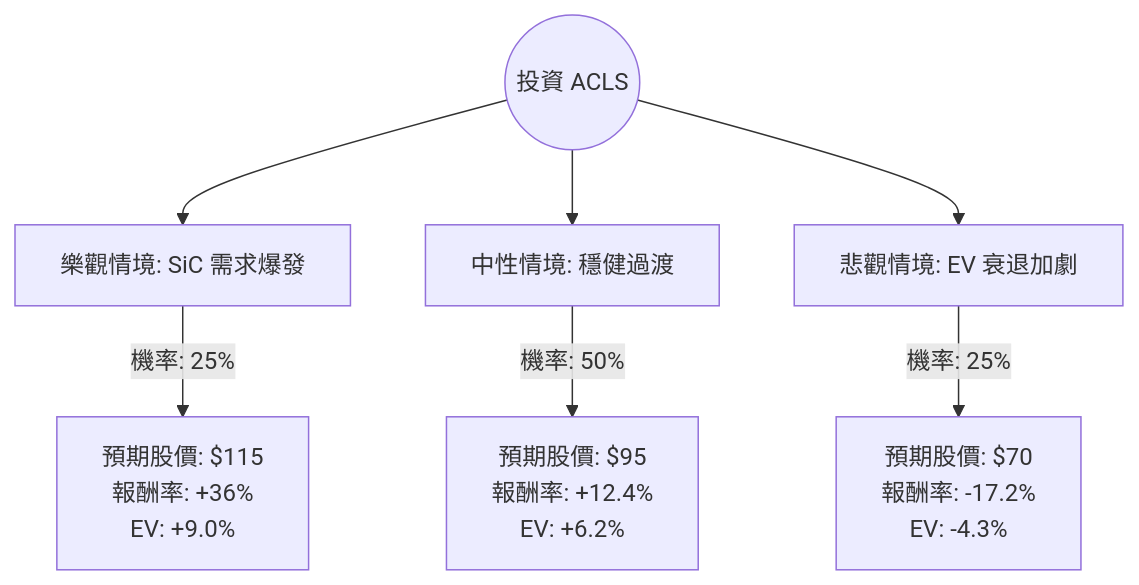
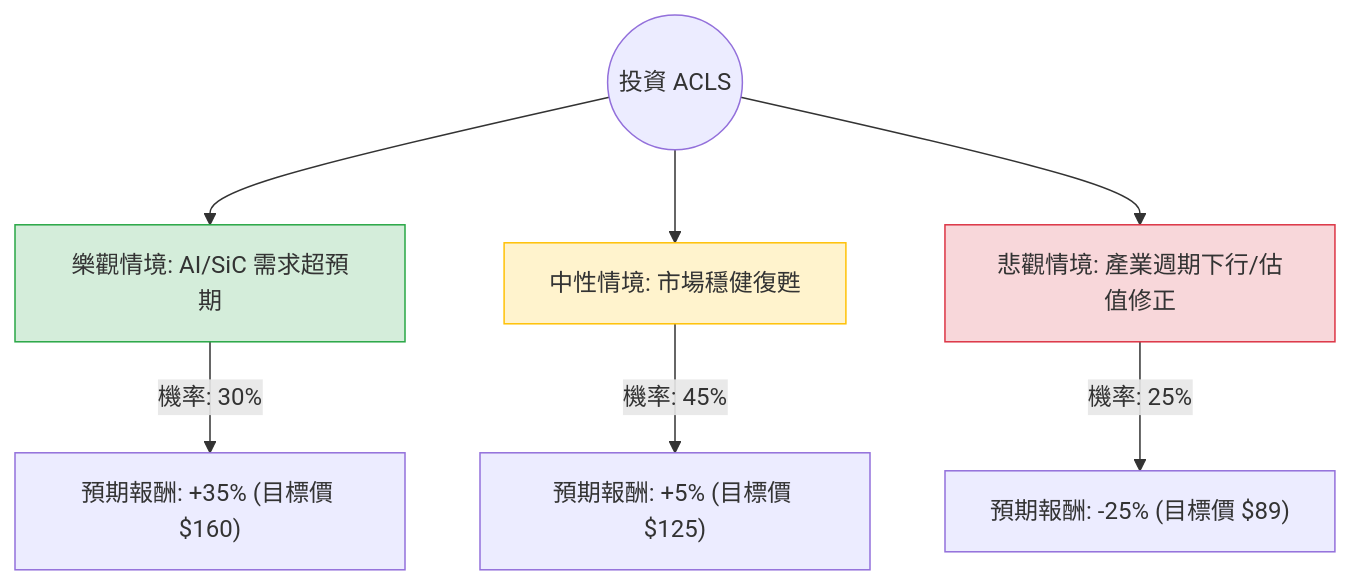
One commit to zmcx16/zmcx16.github.io changed the diagram in plugin-react/ai-analysis/ev-analysis/ACLS.md. Above: the diagram before and after it, drawn with Mermaid. The commit also changed other lines of this file and 82 other files, not shown here.

````diff
--- a/plugin-react/ai-analysis/ev-analysis/ACLS.md
+++ b/plugin-react/ai-analysis/ev-analysis/ACLS.md
@@ -19,10 +21,14 @@
 ```mermaid
 graph TD
-    Start((投資 ACLS)) --> Bull[樂觀情境: SiC 需求爆發]
-    Start --> Base[中性情境: 穩健過渡]
-    Start --> Bear[悲觀情境: EV 衰退加劇]
+    Start((投資 ACLS)) --> Bull[樂觀情境: AI/SiC 需求超預期]
+    Start --> Base[中性情境: 市場穩健復甦]
+    Start --> Bear[悲觀情境: 產業週期下行/估值修正]
 
-    Bull -- "機率: 25%" --> BullVal["預期股價: $115 <br/> 報酬率: +36% <br/> EV: +9.0%"]
-    Base -- "機率: 50%" --> BaseVal["預期股價: $95 <br/> 報酬率: +12.4% <br/> EV: +6.2%"]
-    Bear -- "機率: 25%" --> BearVal["預期股價: $70 <br/> 報酬率: -17.2% <br/> EV: -4.3%"]
+    Bull -- "機率: 30%" --> BullResult["預期報酬: +35% (目標價 $160)"]
+    Base -- "機率: 45%" --> BaseResult["預期報酬: +5% (目標價 $125)"]
+    Bear -- "機率: 25%" --> BearResult["預期報酬: -25% (目標價 $89)"]
+
+    style Bull fill:#d4edda,stroke:#28a745
+    style Base fill:#fff3cd,stroke:#ffc107
+    style Bear fill:#f8d7da,stroke:#dc3545
 ```
````
